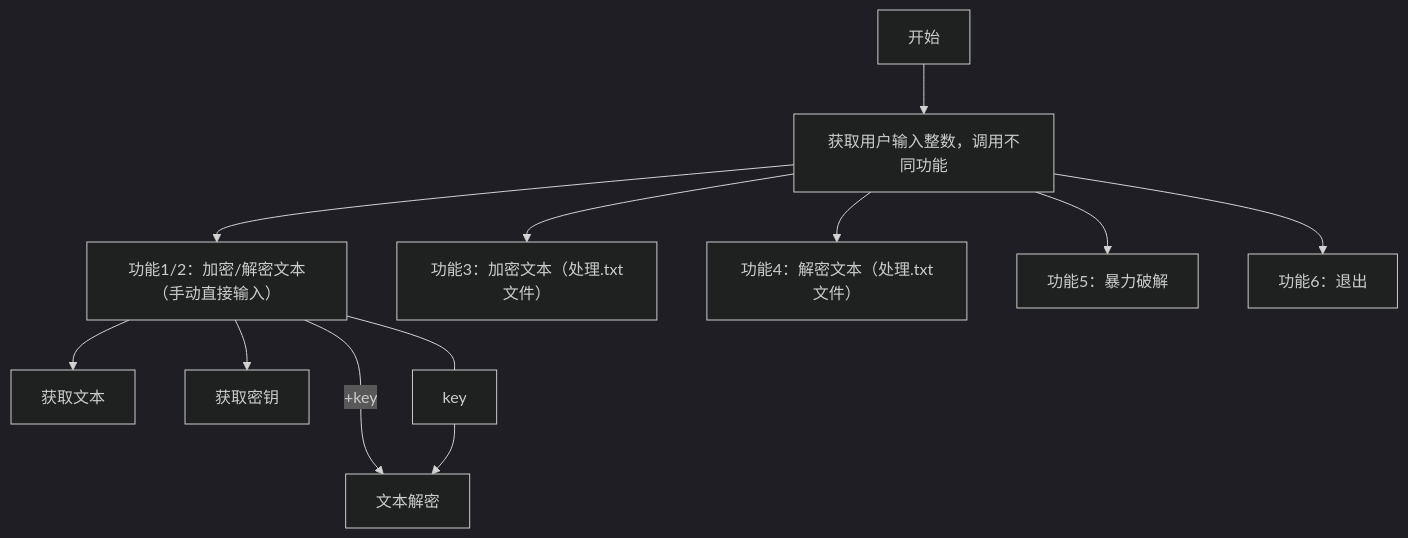
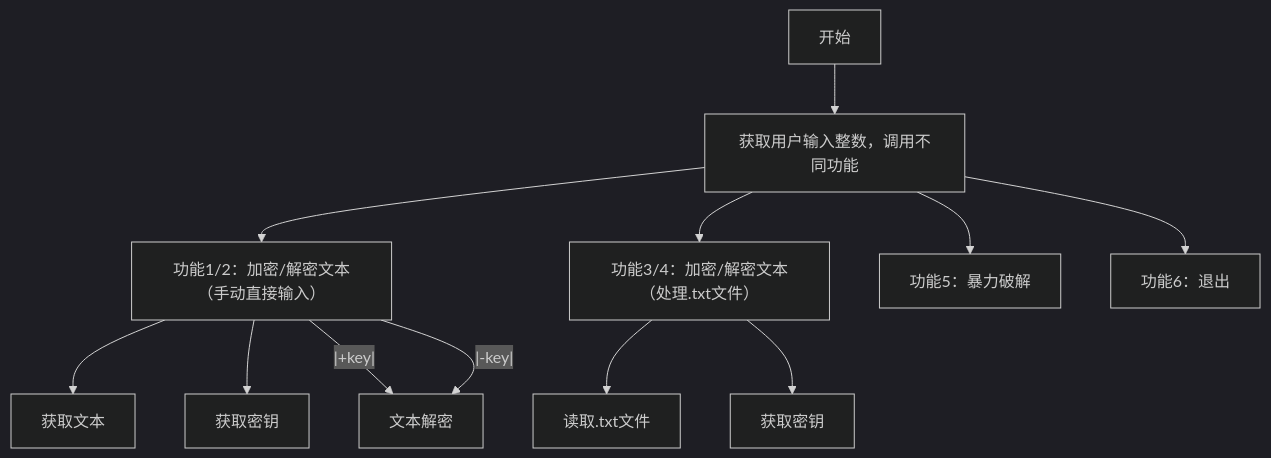
The diagram in README.md (Python-Programming-2026/project1-caesar-cipher-super-awesome-team), drawn with Mermaid (dark theme) before and after one commit.

````diff
--- a/README.md
+++ b/README.md
@@ -49,15 +49,17 @@
 ```mermaid
 flowchart TD
   A[开始] --> B[获取用户输入整数，调用不同功能]
   B --> C[功能1/2：加密/解密文本（手动直接输入）]
-  B --> E[功能3：加密文本（处理.txt文件）]
-  B --> F[功能4：解密文本（处理.txt文件）]
+  B --> E[功能3/4：加密/解密文本（处理.txt文件）]
   B --> G[功能5：暴力破解]
   B --> H[功能6：退出]
 
   C --> I[获取文本]
   C --> J[获取密钥]
-  C --+key--> K[文本加密]
-  C ---key--> K[文本解密]
+  C --|+key|--> K[文本加密]
+  C --|-key|--> K[文本解密]
+
+  E --> D[读取.txt文件]
+  E --> F[获取密钥]
   
   ```
````
